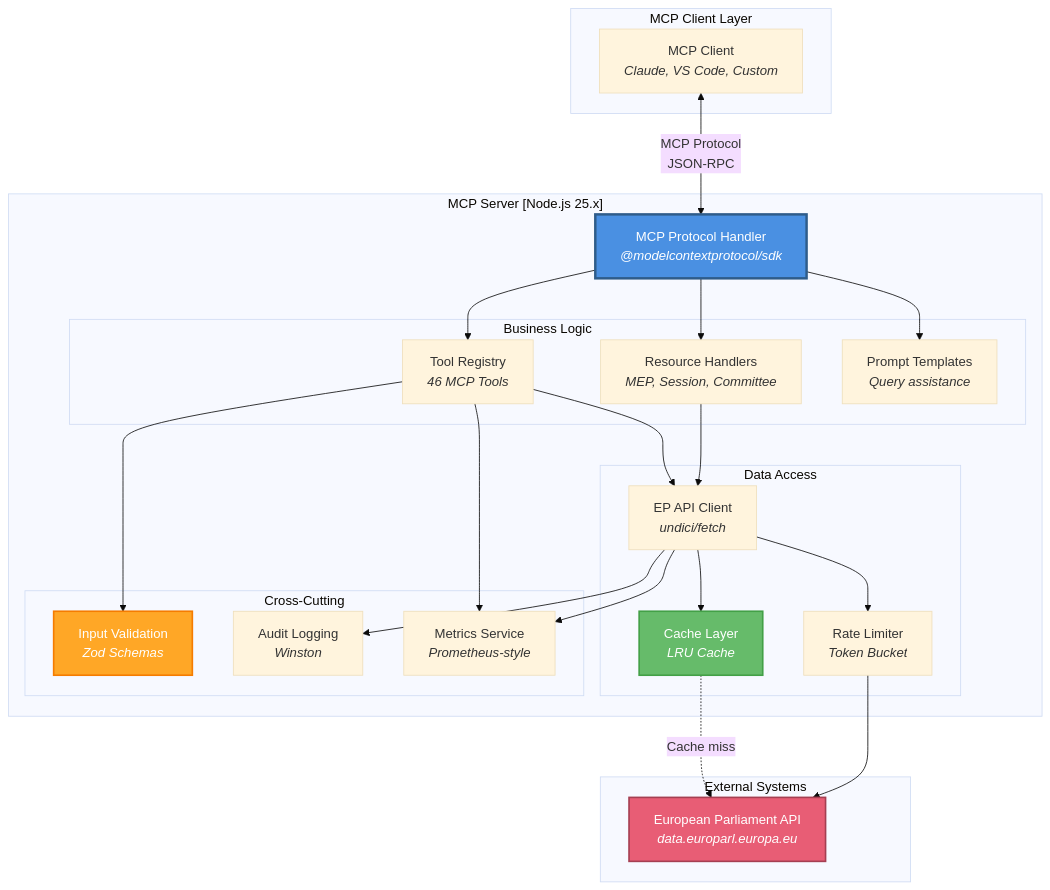
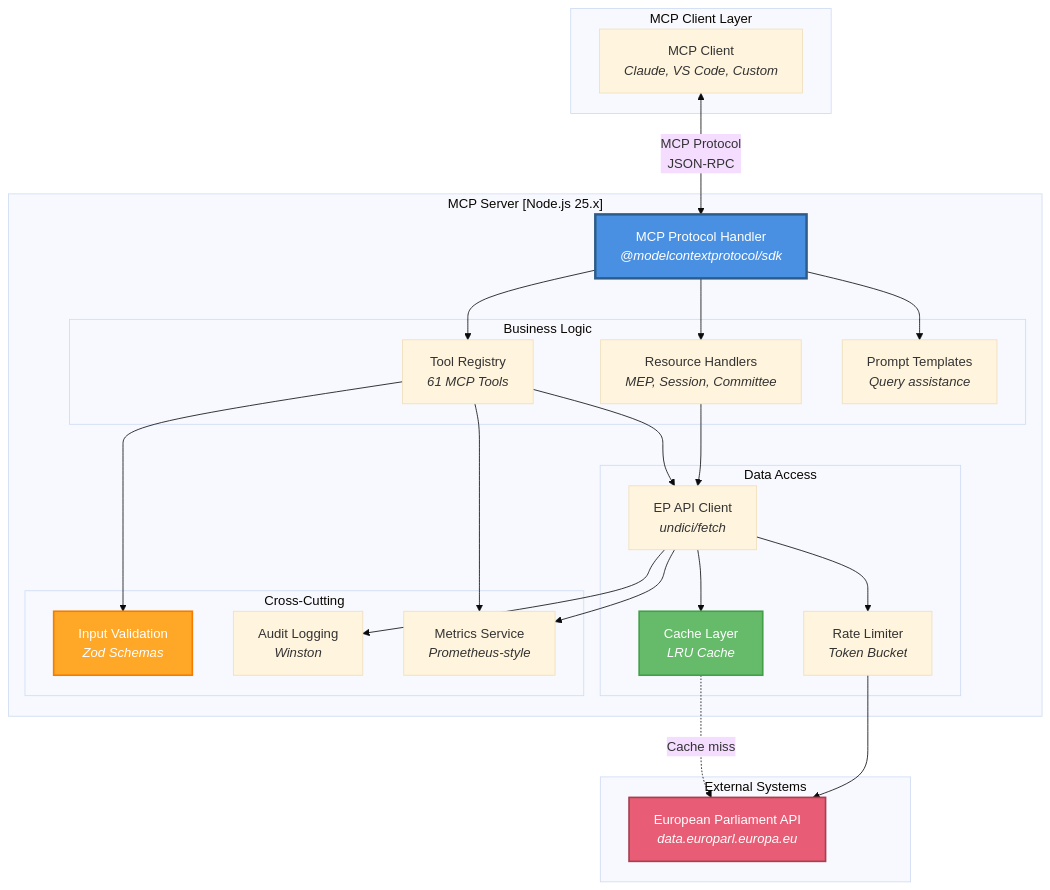
One commit to Hack23/European-Parliament-MCP-Server changed the second of 14 diagrams in ARCHITECTURE_DIAGRAMS.md. Above: the diagram before and after it, drawn with Mermaid (base theme). The commit also changed other lines of this file and 1 other file, not shown here.

Commit message:
docs: fix remaining stale tool counts in ARCHITECTURE_DIAGRAMS.md and FUTURE_SWOT.md

````diff
--- a/ARCHITECTURE_DIAGRAMS.md
+++ b/ARCHITECTURE_DIAGRAMS.md
@@ -114,56 +114,56 @@
 ```mermaid
 graph TB
     subgraph "MCP Client Layer"
         CLIENT[MCP Client<br/><i>Claude, VS Code, Custom</i>]
     end
     
     subgraph "MCP Server [Node.js 25.x]"
         SERVER[MCP Protocol Handler<br/><i>@modelcontextprotocol/sdk</i>]
         
         subgraph "Business Logic"
-            TOOLS[Tool Registry<br/><i>46 MCP Tools</i>]
+            TOOLS[Tool Registry<br/><i>61 MCP Tools</i>]
             RESOURCES[Resource Handlers<br/><i>MEP, Session, Committee</i>]
             PROMPTS[Prompt Templates<br/><i>Query assistance</i>]
         end
         
         subgraph "Data Access"
             API_CLIENT[EP API Client<br/><i>undici/fetch</i>]
             CACHE[Cache Layer<br/><i>LRU Cache</i>]
             RATE_LIMITER[Rate Limiter<br/><i>Token Bucket</i>]
         end
         
         subgraph "Cross-Cutting"
             VALIDATION[Input Validation<br/><i>Zod Schemas</i>]
             LOGGING[Audit Logging<br/><i>Winston</i>]
             METRICS[Metrics Service<br/><i>Prometheus-style</i>]
         end
     end
     
     subgraph "External Systems"
         EP_API[European Parliament API<br/><i>data.europarl.europa.eu</i>]
     end
     
     CLIENT <-->|MCP Protocol<br/>JSON-RPC| SERVER
     SERVER --> TOOLS
     SERVER --> RESOURCES
     SERVER --> PROMPTS
     
     TOOLS --> VALIDATION
     TOOLS --> API_CLIENT
     RESOURCES --> API_CLIENT
     
     API_CLIENT --> CACHE
     API_CLIENT --> RATE_LIMITER
     API_CLIENT --> LOGGING
     
     CACHE -.->|Cache miss| EP_API
     RATE_LIMITER --> EP_API
     
     TOOLS --> METRICS
     API_CLIENT --> METRICS
     
     style SERVER fill:#4A90E2,stroke:#2E5C8A,stroke-width:3px,color:#fff
     style EP_API fill:#E85D75,stroke:#A53F52,stroke-width:2px,color:#fff
     style CACHE fill:#66BB6A,stroke:#43A047,stroke-width:2px,color:#fff
     style VALIDATION fill:#FFA726,stroke:#F57C00,stroke-width:2px,color:#fff
 ```
````
